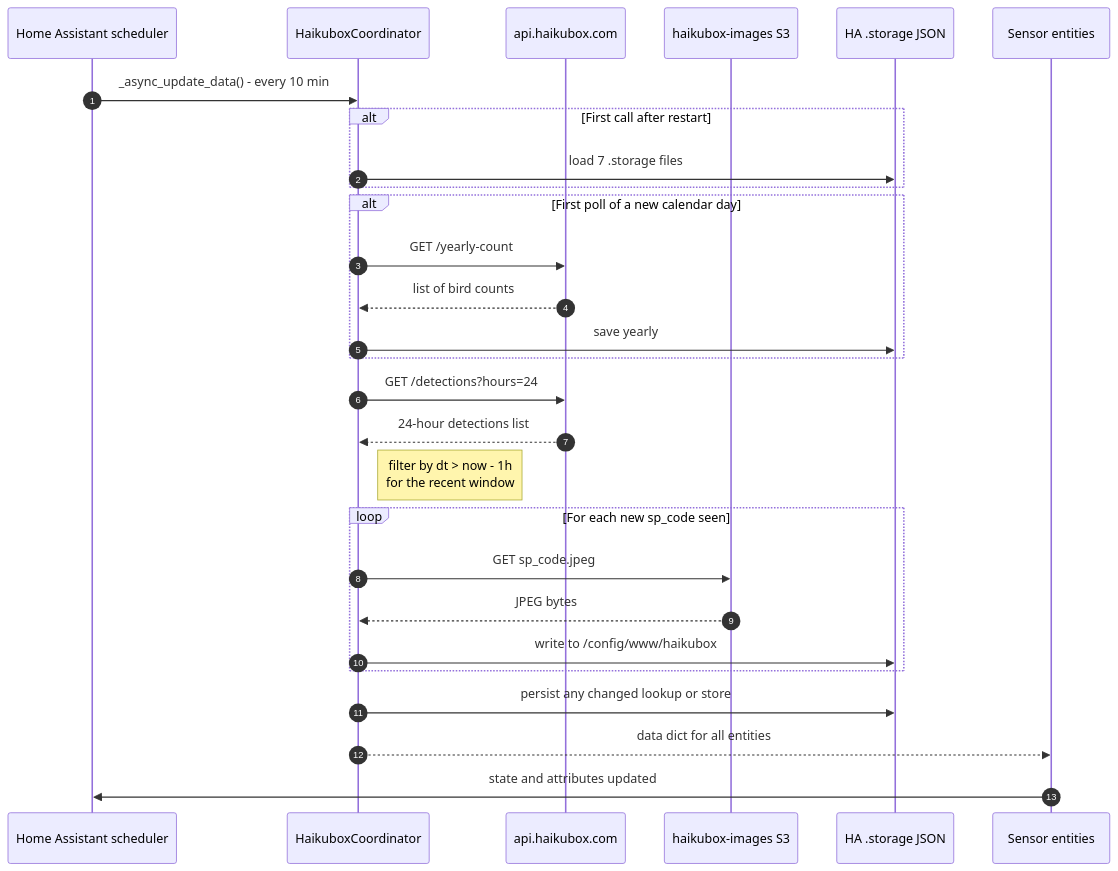
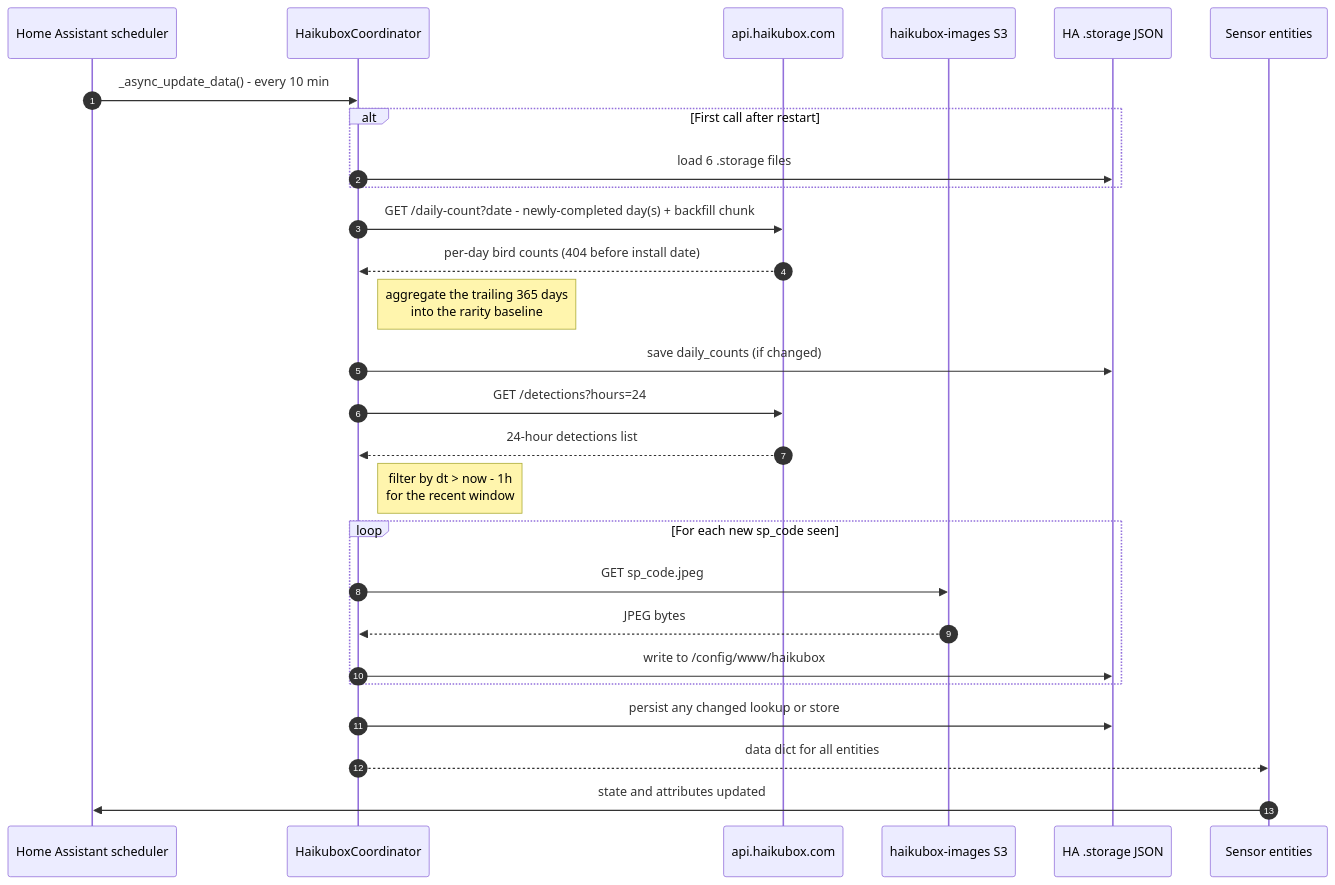
The diagram in docs/api.md (eklundjon/ha-haikubox), drawn with Mermaid before and after one commit. The commit also changed other lines of this file and 8 other files, not shown here.

First line of the commit message:
Docs: update for the trailing-window rarity baseline

````diff
--- a/docs/api.md
+++ b/docs/api.md
@@ -22,36 +22,35 @@
 ```mermaid
 sequenceDiagram
     autonumber
     participant HA as Home Assistant scheduler
     participant Coord as HaikuboxCoordinator
     participant API as api.haikubox.com
     participant S3 as haikubox-images S3
     participant Store as HA .storage JSON
     participant Sensors as Sensor entities
 
     HA->>Coord: _async_update_data() - every 10 min
 
     alt First call after restart
-        Coord->>Store: load 7 .storage files
+        Coord->>Store: load 6 .storage files
     end
 
-    alt First poll of a new calendar day
-        Coord->>API: GET /yearly-count
-        API-->>Coord: list of bird counts
-        Coord->>Store: save yearly
-    end
+    Coord->>API: GET /daily-count?date - newly-completed day(s) + backfill chunk
+    API-->>Coord: per-day bird counts (404 before install date)
+    Note right of Coord: aggregate the trailing 365 days<br/>into the rarity baseline
+    Coord->>Store: save daily_counts (if changed)
 
     Coord->>API: GET /detections?hours=24
     API-->>Coord: 24-hour detections list
     Note right of Coord: filter by dt > now - 1h<br/>for the recent window
 
     loop For each new sp_code seen
         Coord->>S3: GET sp_code.jpeg
         S3-->>Coord: JPEG bytes
         Coord->>Store: write to /config/www/haikubox
     end
 
     Coord->>Store: persist any changed lookup or store
     Coord-->>Sensors: data dict for all entities
     Sensors->>HA: state and attributes updated
 ```
````
